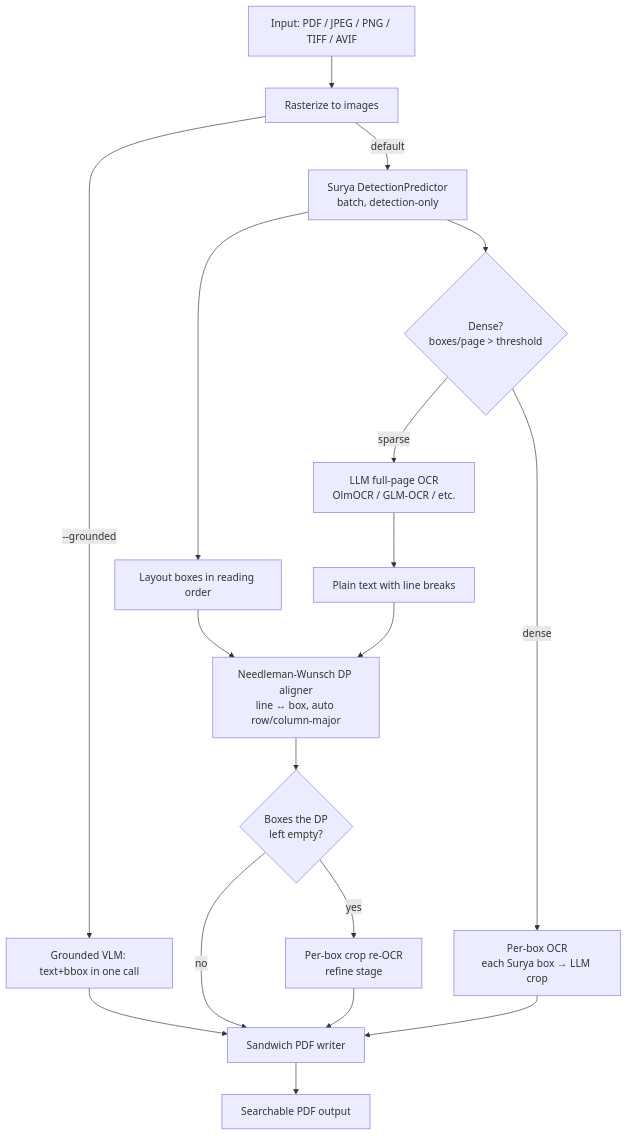
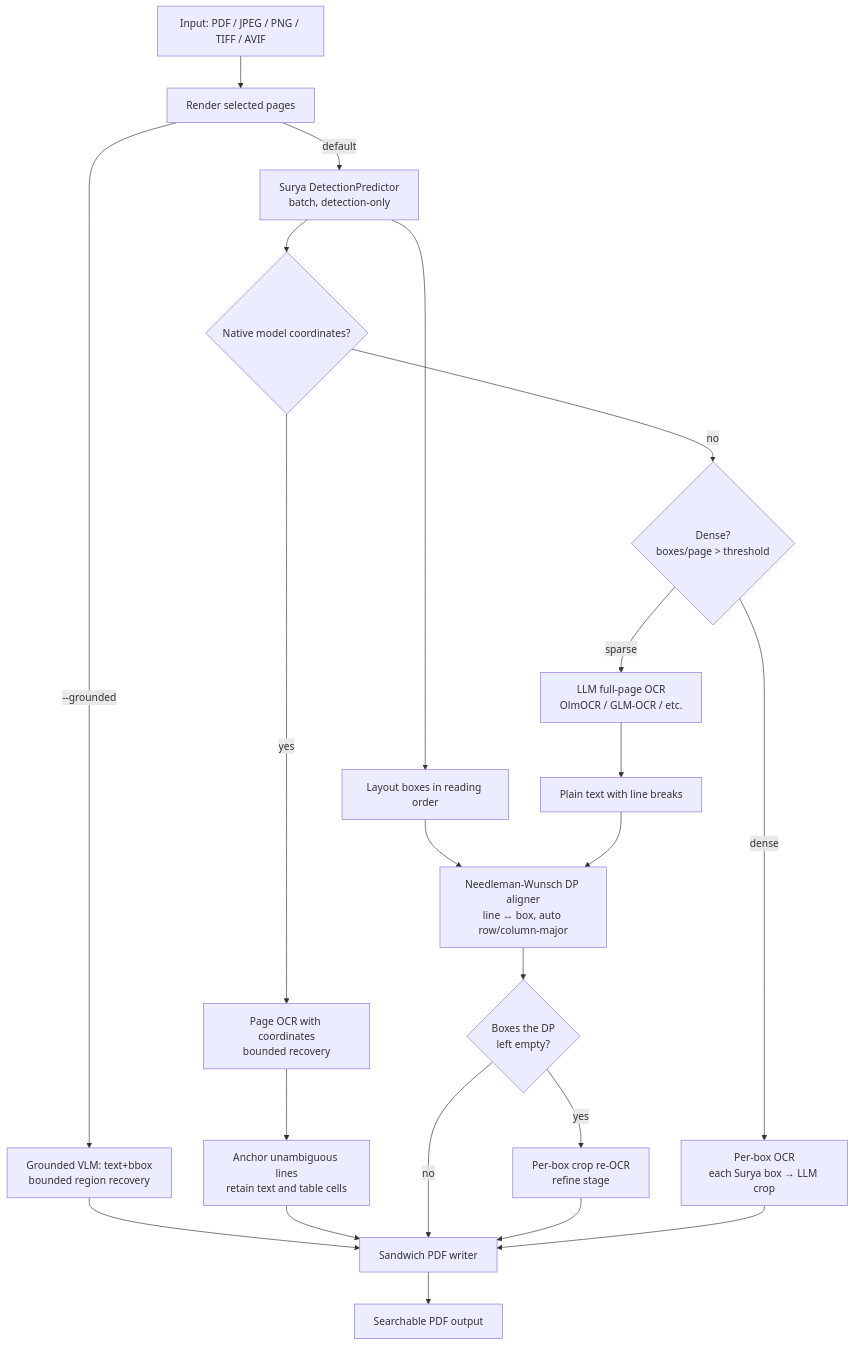
Before and after one commit to zqf20096327/ai_collect: the diagram in data/readmes/ahnafnafee__local-llm-pdf-ocr.md, drawn with Mermaid. The commit also changed other lines of this file and 1647 other files, not shown here.

````diff
--- a/data/readmes/ahnafnafee__local-llm-pdf-ocr.md
+++ b/data/readmes/ahnafnafee__local-llm-pdf-ocr.md
@@ -88,21 +90,25 @@
 ```mermaid
 graph TD
-    A[Input: PDF / JPEG / PNG / TIFF / AVIF] --> B[Rasterize to images]
-    B -->|--grounded| Z[Grounded VLM: text+bbox in one call]
+    A[Input: PDF / JPEG / PNG / TIFF / AVIF] --> B[Render selected pages]
+    B -->|--grounded| Z[Grounded VLM: text+bbox<br/>bounded region recovery]
     Z --> EMB
 
     B -->|default| C[Surya DetectionPredictor<br/>batch, detection-only]
-    C --> DM{Dense?<br/>boxes/page > threshold}
+    C --> NM{Native model coordinates?}
+    NM -->|yes| NG[Page OCR with coordinates<br/>bounded recovery]
+    NG --> NA[Anchor unambiguous lines<br/>retain text and table cells]
+    NA --> EMB
+    NM -->|no| DM{Dense?<br/>boxes/page > threshold}
     DM -->|sparse| D[LLM full-page OCR<br/>OlmOCR / GLM-OCR / etc.]
     DM -->|dense| P[Per-box OCR<br/>each Surya box → LLM crop]
     D --> F[Plain text with line breaks]
     C --> E[Layout boxes in reading order]
     E --> G[Needleman-Wunsch DP aligner<br/>line ↔ box, auto row/column-major]
     F --> G
     G --> H{Boxes the DP<br/>left empty?}
     H -->|yes| R[Per-box crop re-OCR<br/>refine stage]
     H -->|no| EMB[Sandwich PDF writer]
     R --> EMB
     P --> EMB
     EMB --> L[Searchable PDF output]
 ```
````
